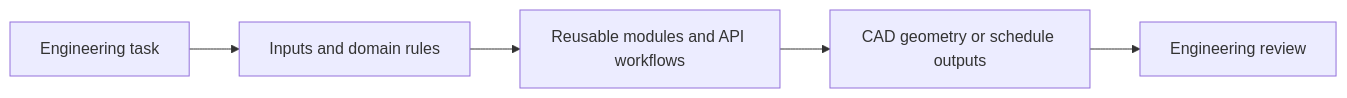
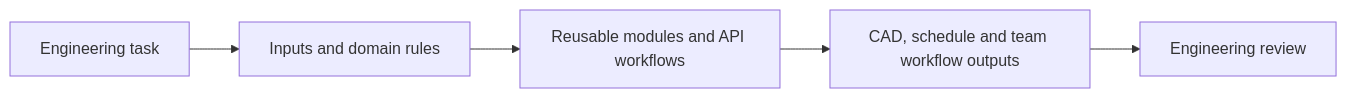
One commit to Christinantony/Christinantony changed the diagram in README.md. Above: the diagram before and after it, drawn with Mermaid. The commit also changed other lines of this file, not shown here.

Commit message:
Feature Engineering Board architecture in automation portfolio

````diff
--- a/README.md
+++ b/README.md
@@ -18,7 +26,7 @@
 ```mermaid
 flowchart LR
     A[Engineering task] --> B[Inputs and domain rules]
     B --> C[Reusable modules and API workflows]
-    C --> D[CAD geometry or schedule outputs]
+    C --> D[CAD, schedule and team workflow outputs]
     D --> E[Engineering review]
 ```
````
